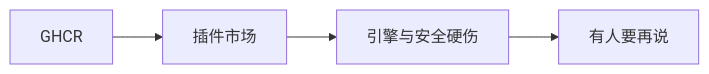
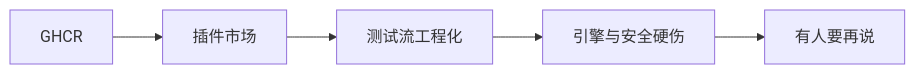
The diagram in ROADMAP.md (qualitest-hq/qualitest), drawn with Mermaid before and after one commit. The commit also changed other lines of this file, not shown here.

Commit message:
docs: 路线图加入测试流工程化并提前至第 3 阶段

````diff
--- a/ROADMAP.md
+++ b/ROADMAP.md
@@ -14,6 +14,7 @@
 ```mermaid
 flowchart LR
   A["GHCR"] --> B["插件市场"]
-  B --> C["引擎与安全硬伤"]
-  C --> D["有人要再说"]
+  B --> C["测试流工程化"]
+  C --> D["引擎与安全硬伤"]
+  D --> E["有人要再说"]
 ```
````
